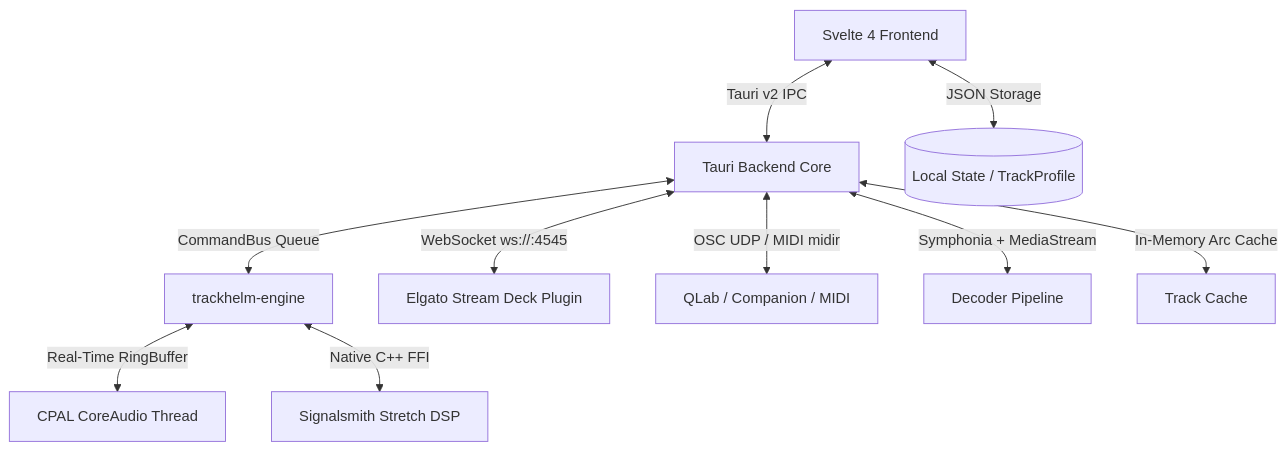
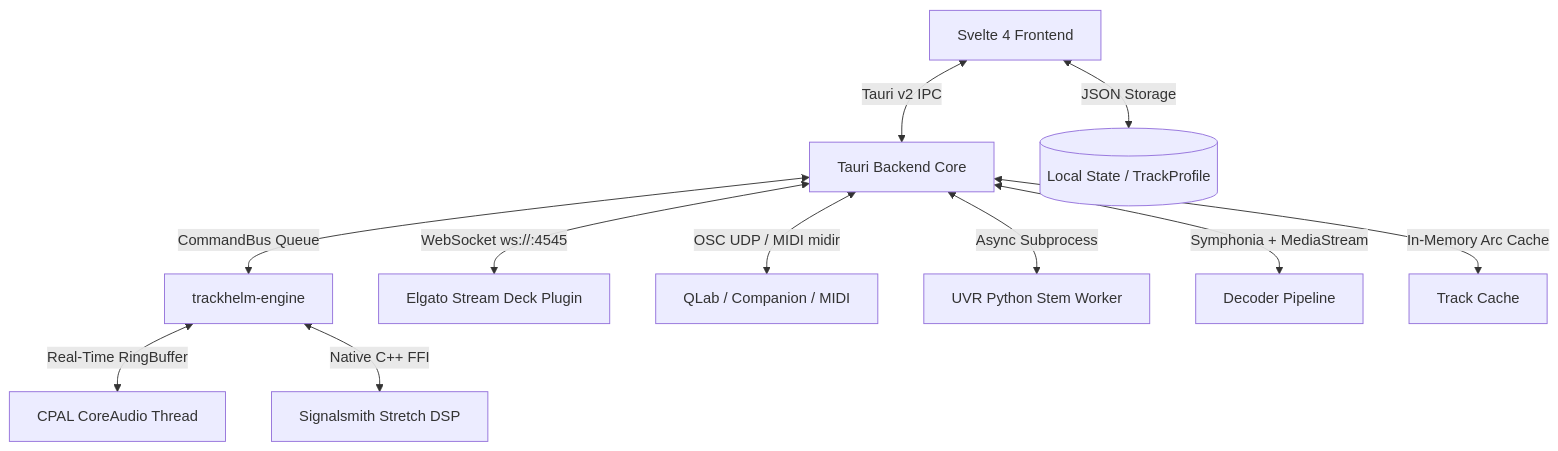
One commit to jwink75/TrackHelm changed the diagram in README.md. Above: the diagram before and after it, drawn with Mermaid. The commit also changed other lines of this file and 21 other files, not shown here.

````diff
--- a/README.md
+++ b/README.md
@@ -133,12 +166,13 @@
 ```mermaid
 graph TD
     UI[Svelte 4 Frontend] <-->|Tauri v2 IPC| Core[Tauri Backend Core]
     Core <-->|CommandBus Queue| Engine[trackhelm-engine]
     Engine <-->|Real-Time RingBuffer| CPAL[CPAL CoreAudio Thread]
     Engine <-->|Native C++ FFI| Stretch[Signalsmith Stretch DSP]
     Core <-->|WebSocket ws://:4545| StreamDeck[Elgato Stream Deck Plugin]
     Core <-->|OSC UDP / MIDI midir| ShowControl[QLab / Companion / MIDI]
+    Core <-->|Async Subprocess| UVR[UVR Python Stem Worker]
     Core <-->|Symphonia + MediaStream| Decoder[Decoder Pipeline]
     Core <-->|In-Memory Arc Cache| TrackCache[Track Cache]
     UI <-->|JSON Storage| Storage[(Local State / TrackProfile)]
 ```
````
